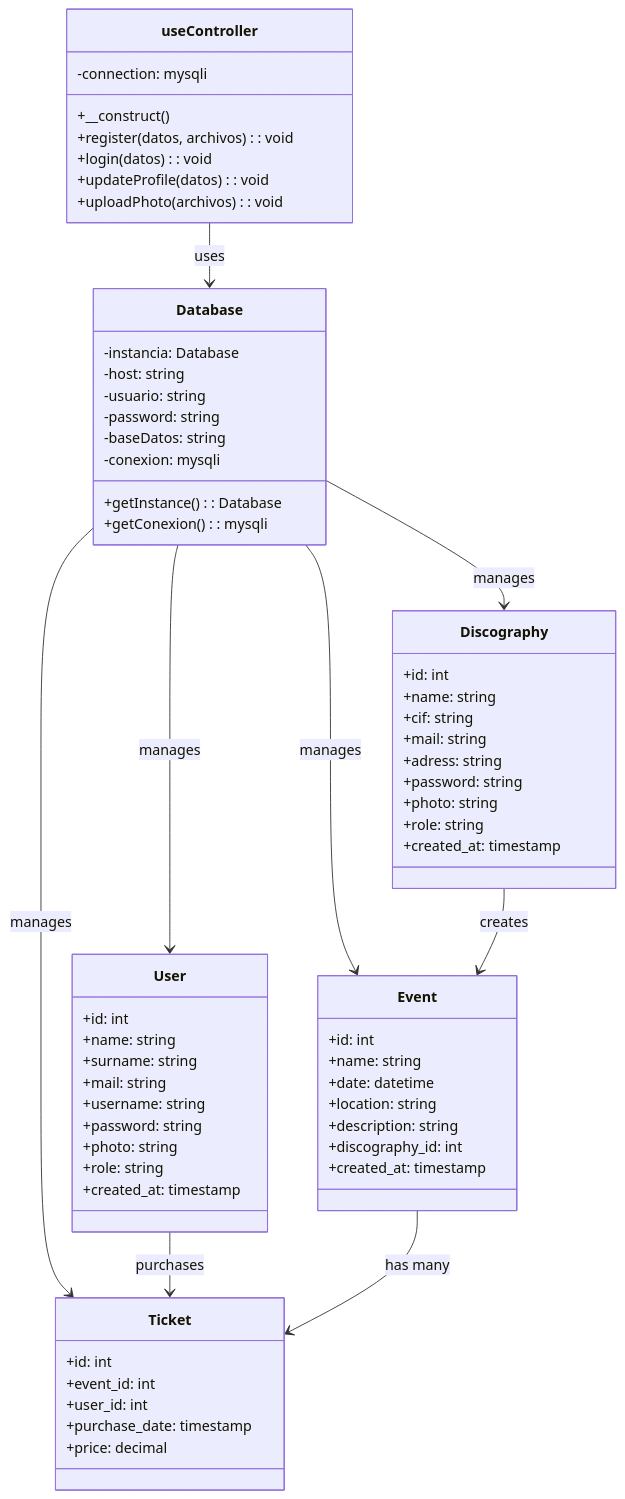
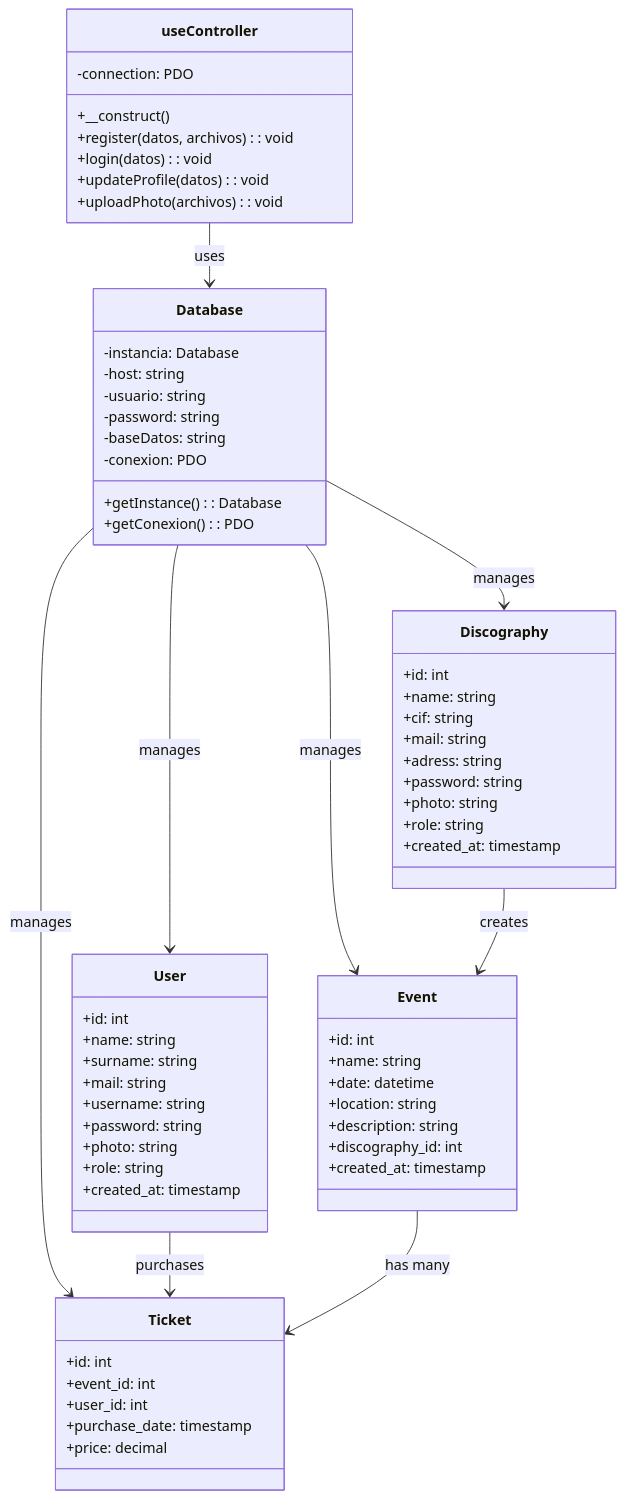
One commit to mydz0/GlobalTicket changed the first of 3 diagrams in README.md. Above: the diagram before and after it, drawn with Mermaid.

Commit message:
Update README.md to reflect database connection changes from mysqli to PDO

````diff
--- a/README.md
+++ b/README.md
@@ -48,73 +48,73 @@
 ```mermaid
 classDiagram
     class Database {
         -instancia: Database
         -host: string
         -usuario: string
         -password: string
         -baseDatos: string
-        -conexion: mysqli
+        -conexion: PDO
         +getInstance(): Database
-        +getConexion(): mysqli
+        +getConexion(): PDO
     }
     
     class useController {
-        -connection: mysqli
+        -connection: PDO
         +__construct()
         +register(datos, archivos): void
         +login(datos): void
         +updateProfile(datos): void
         +uploadPhoto(archivos): void
     }
     
     class User {
         +id: int
         +name: string
         +surname: string
         +mail: string
         +username: string
         +password: string
         +photo: string
         +role: string
         +created_at: timestamp
     }
     
     class Discography {
         +id: int
         +name: string
         +cif: string
         +mail: string
         +adress: string
         +password: string
         +photo: string
         +role: string
         +created_at: timestamp
     }
     
     class Event {
         +id: int
         +name: string
         +date: datetime
         +location: string
         +description: string
         +discography_id: int
         +created_at: timestamp
     }
     
     class Ticket {
         +id: int
         +event_id: int
         +user_id: int
         +purchase_date: timestamp
         +price: decimal
     }
     
     useController --> Database: uses
     Database --> User: manages
     Database --> Discography: manages
     Database --> Event: manages
     Database --> Ticket: manages
     User --> Ticket: purchases
     Event --> Ticket: has many
     Discography --> Event: creates
 ```
````
